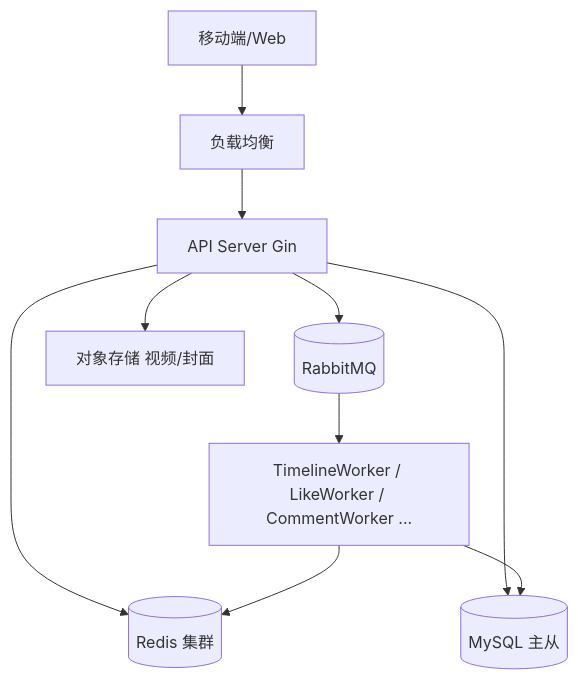
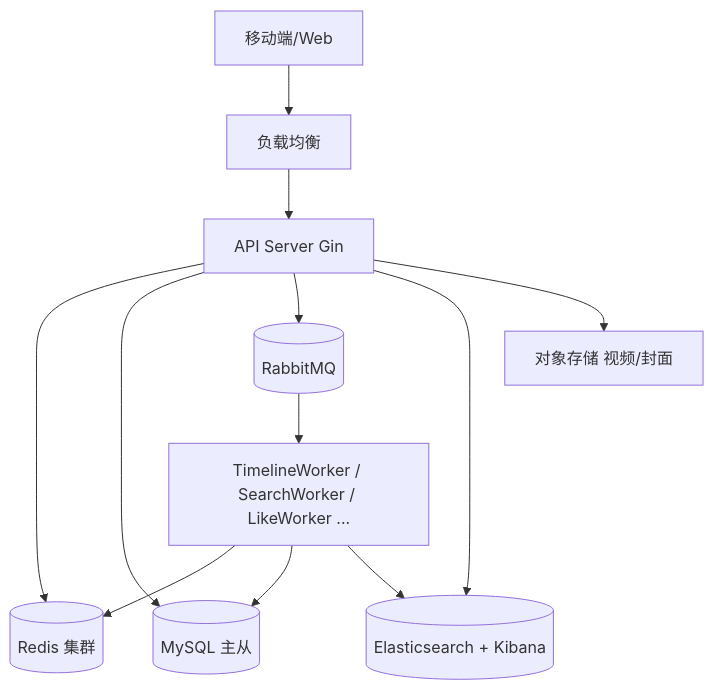
The diagram in README.md (grayfalcon666/tideflow), drawn with Mermaid before and after one commit. The commit also changed other lines of this file and 24 other files, not shown here.

````diff
--- a/README.md
+++ b/README.md
@@ -25,12 +27,14 @@
 ```mermaid
 graph TD
     Client[移动端/Web] --> LB[负载均衡]
     LB --> API[API Server Gin]
     API --> Redis[(Redis 集群)]
     API --> MySQL[(MySQL 主从)]
     API --> RabbitMQ[(RabbitMQ)]
-    RabbitMQ --> Worker[TimelineWorker / LikeWorker / CommentWorker ...]
+    API --> ES[(Elasticsearch + Kibana)]
+    RabbitMQ --> Worker[TimelineWorker / SearchWorker / LikeWorker ...]
     Worker --> Redis
     Worker --> MySQL
-    API --> OSS[对象存储 视频/封面]
+    Worker --> ES
+    API --> 数据库存储[对象存储 视频/封面]
 ```
````
